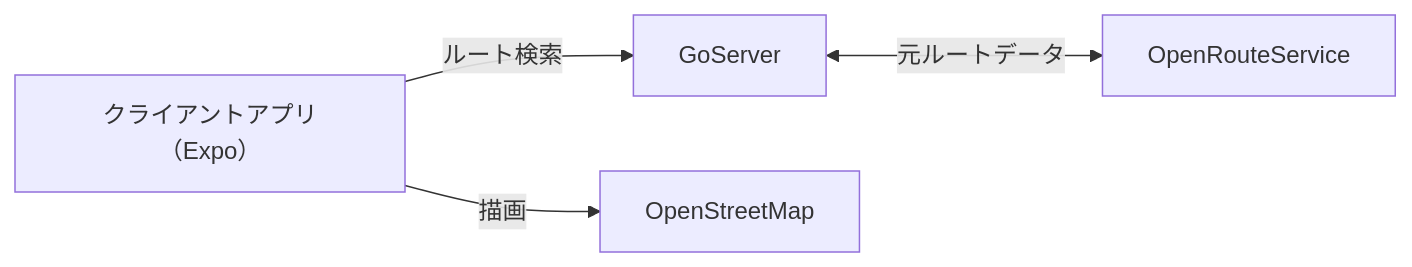
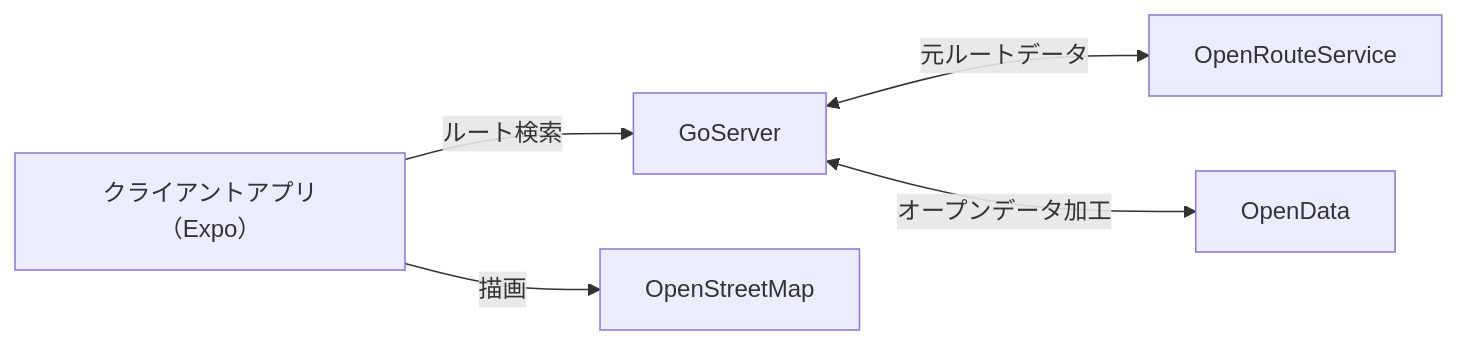
Before and after one commit to rowicy/charimachi: the first of 2 diagrams in README.md, drawn with Mermaid.

````diff
--- a/README.md
+++ b/README.md
@@ -95,11 +95,13 @@
 ```mermaid
 flowchart LR
     ClientApp[クライアントアプリ（Expo）]　--ルート検索--> GoServer
 
 
     GoServer <--元ルートデータ--> OpenRouteService
+
+    GoServer <--オープンデータ加工--> OpenData
     
 
     ClientApp[クライアントアプリ（Expo）]　--描画--> OSM[OpenStreetMap]
     
 ```
````
